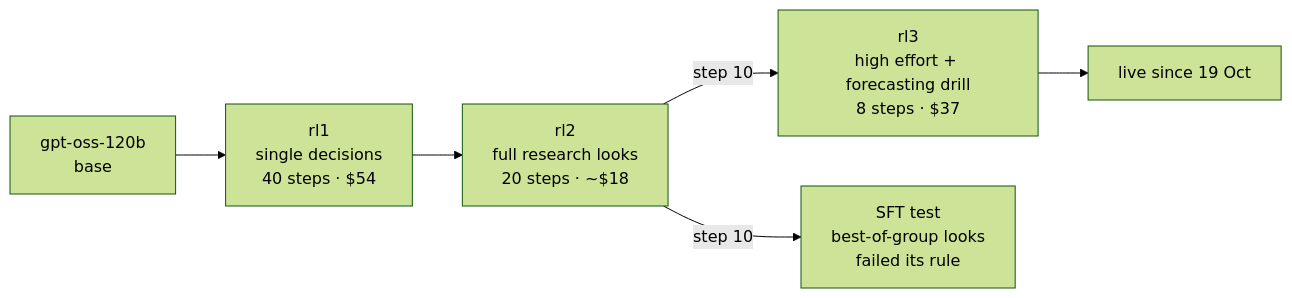
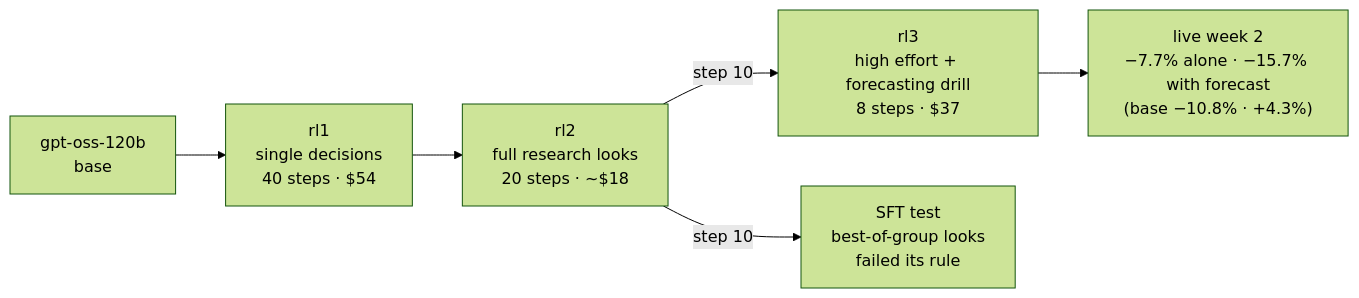
Before and after one commit to quiezent/gpt-oss-120b-native-trading-research: the diagram in README.md, drawn with Mermaid (forest theme). The commit also changed other lines of this file and 12 other files, not shown here.

First line of the commit message:
Week 2 report (19-23 Oct): base + forecast +4.32% and opus + forecast +2.42% beat SPY (-0.42%), cash and the +2.14% weekly goal; rl3 -7.74% alone (base -10.80%) and -15.71% with the forecast tool (base +4.32%)

````diff
--- a/README.md
+++ b/README.md
@@ -30,8 +31,8 @@
 ```mermaid
 flowchart LR
     B["gpt-oss-120b<br/>base"] --> R1["rl1<br/>single decisions<br/>40 steps · $54"]
     R1 --> R2["rl2<br/>full research looks<br/>20 steps · ~$18"]
     R2 -->|step 10| R3["rl3<br/>high effort + forecasting drill<br/>8 steps · $37"]
     R2 -->|step 10| S["SFT test<br/>best-of-group looks<br/>failed its rule"]
-    R3 --> L["live since 19 Oct"]
+    R3 --> L["live week 2<br/>−7.7% alone · −15.7% with forecast<br/>(base −10.8% · +4.3%)"]
 ```
````
